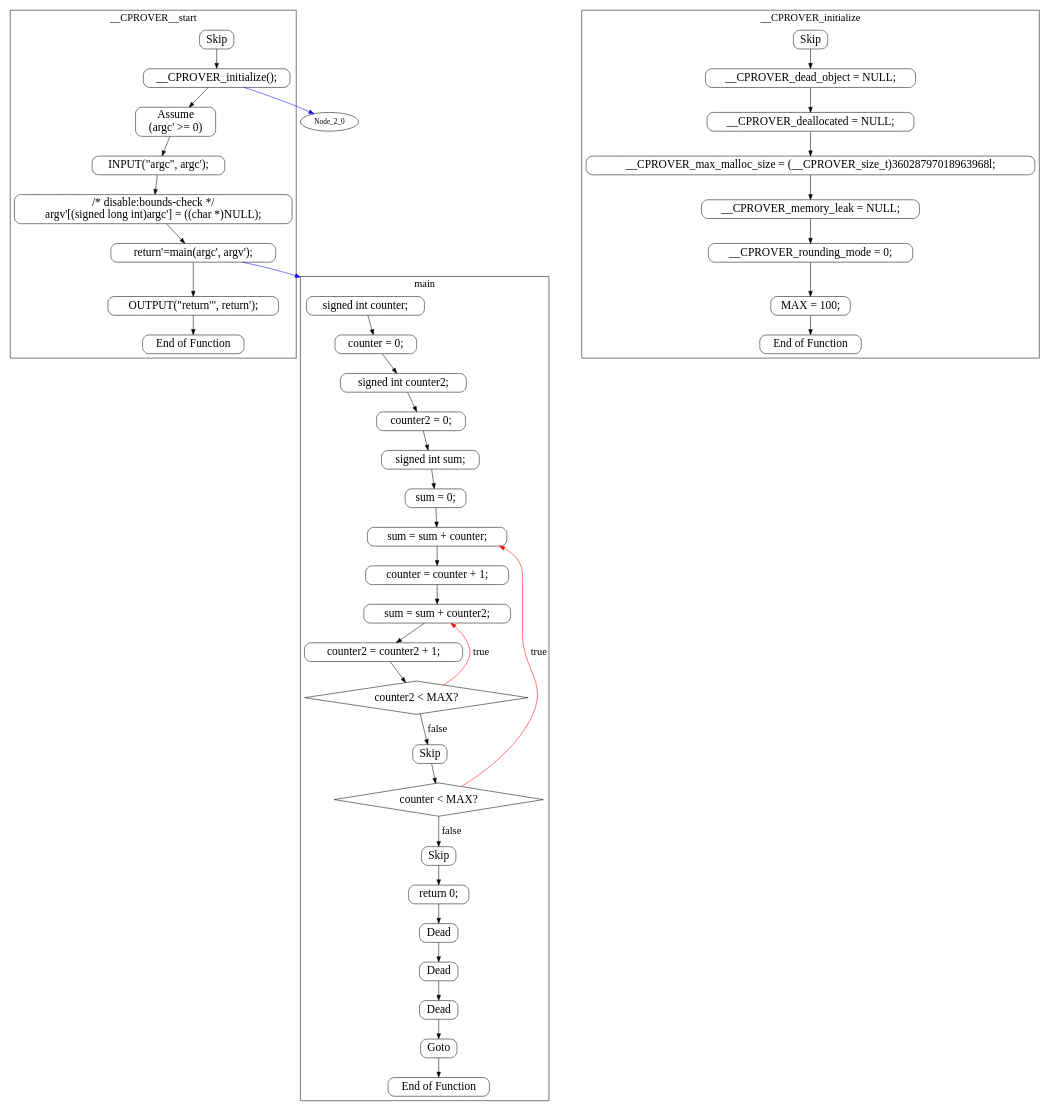
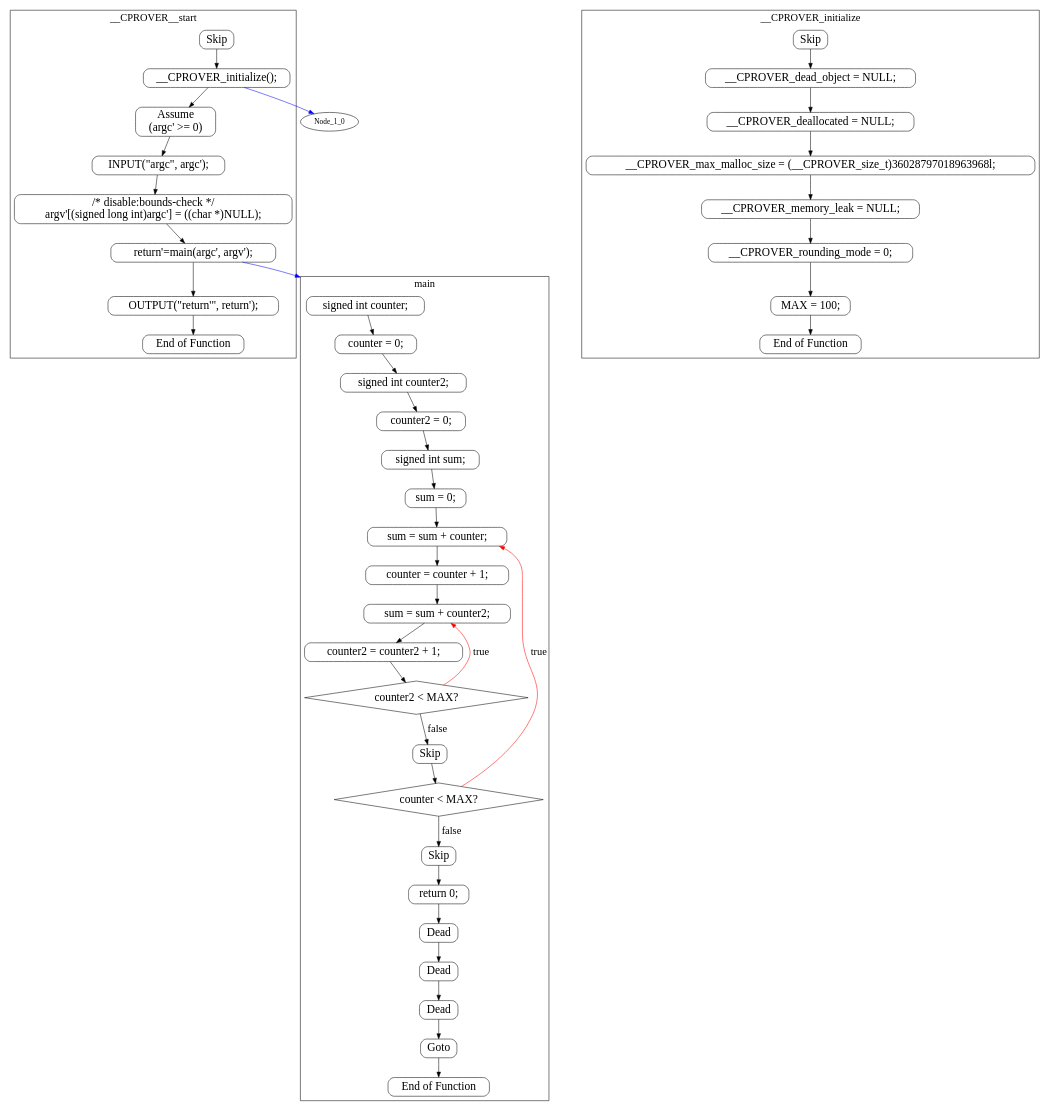
One commit to malkawimahdi/investigating-loop-detection-algorithms changed the diagram in control-flow-graph-test-cases/nested-do-while-loops/nested-do-while-loops.dot. Above: the diagram before and after it, drawn with Graphviz. The commit also changed 172 other files, not shown here.

```diff
--- a/control-flow-graph-test-cases/nested-do-while-loops/nested-do-while-loops.dot
+++ b/control-flow-graph-test-cases/nested-do-while-loops/nested-do-while-loops.dot
@@ -1,85 +1,85 @@
 digraph G {
 color=black;orientation=portrait;fontsize=20;compound=true;size="30,40";ratio=compress;
 subgraph "cluster_main" {
 label="main";
 Node_0_0 [shape=Mrecord,fontsize=22,label="signed int counter;"];
 Node_0_0 -> Node_0_1 ;
 Node_0_1 [shape=Mrecord,fontsize=22,label="counter = 0;"];
 Node_0_1 -> Node_0_2 ;
 Node_0_2 [shape=Mrecord,fontsize=22,label="signed int counter2;"];
 Node_0_2 -> Node_0_3 ;
 Node_0_3 [shape=Mrecord,fontsize=22,label="counter2 = 0;"];
 Node_0_3 -> Node_0_4 ;
 Node_0_4 [shape=Mrecord,fontsize=22,label="signed int sum;"];
 Node_0_4 -> Node_0_5 ;
 Node_0_5 [shape=Mrecord,fontsize=22,label="sum = 0;"];
 Node_0_5 -> Node_0_6 ;
 Node_0_6 [shape=Mrecord,fontsize=22,label="sum = sum + counter;"];
 Node_0_6 -> Node_0_7 ;
 Node_0_7 [shape=Mrecord,fontsize=22,label="counter = counter + 1;"];
 Node_0_7 -> Node_0_8 ;
 Node_0_8 [shape=Mrecord,fontsize=22,label="sum = sum + counter2;"];
 Node_0_8 -> Node_0_9 ;
 Node_0_9 [shape=Mrecord,fontsize=22,label="counter2 = counter2 + 1;"];
 Node_0_9 -> Node_0_10 ;
 Node_0_10 [shape=diamond,fontsize=22,label="counter2 \< MAX?"];
 Node_0_10 -> Node_0_8 [fontsize=20,label="true",color=red];
 Node_0_10 -> Node_0_11 [fontsize=20,label="false"];
 Node_0_11 [shape=Mrecord,fontsize=22,label="Skip"];
 Node_0_11 -> Node_0_12 ;
 Node_0_12 [shape=diamond,fontsize=22,label="counter \< MAX?"];
 Node_0_12 -> Node_0_6 [fontsize=20,label="true",color=red];
 Node_0_12 -> Node_0_13 [fontsize=20,label="false"];
 Node_0_13 [shape=Mrecord,fontsize=22,label="Skip"];
 Node_0_13 -> Node_0_14 ;
 Node_0_14 [shape=Mrecord,fontsize=22,label="return 0;"];
 Node_0_14 -> Node_0_15 ;
 Node_0_15 [shape=Mrecord,fontsize=22,label="Dead"];
 Node_0_15 -> Node_0_16 ;
 Node_0_16 [shape=Mrecord,fontsize=22,label="Dead"];
 Node_0_16 -> Node_0_17 ;
 Node_0_17 [shape=Mrecord,fontsize=22,label="Dead"];
 Node_0_17 -> Node_0_18 ;
 Node_0_18 [shape=Mrecord,fontsize=22,label="Goto"];
 Node_0_18 -> Node_0_19 ;
 Node_0_19 [shape=Mrecord,fontsize=22,label="End of Function"];
 }
-subgraph "cluster___CPROVER__start" {
-label="__CPROVER__start";
+subgraph "cluster___CPROVER_initialize" {
+label="__CPROVER_initialize";
 Node_1_20 [shape=Mrecord,fontsize=22,label="Skip"];
 Node_1_20 -> Node_1_21 ;
-Node_1_21 [shape=Mrecord,fontsize=22,label="__CPROVER_initialize();"];
+Node_1_21 [shape=Mrecord,fontsize=22,label="__CPROVER_dead_object = NULL;"];
 Node_1_21 -> Node_1_22 ;
-Node_1_22 [shape=Mrecord,fontsize=22,label="Assume\n(argc' \>= 0)"];
+Node_1_22 [shape=Mrecord,fontsize=22,label="__CPROVER_deallocated = NULL;"];
 Node_1_22 -> Node_1_23 ;
-Node_1_23 [shape=Mrecord,fontsize=22,label="INPUT(\"argc\", argc');"];
+Node_1_23 [shape=Mrecord,fontsize=22,label="__CPROVER_max_malloc_size = (__CPROVER_size_t)36028797018963968l;"];
 Node_1_23 -> Node_1_24 ;
-Node_1_24 [shape=Mrecord,fontsize=22,label="/* disable:bounds-check */\nargv'[(signed long int)argc'] = ((char *)NULL);"];
+Node_1_24 [shape=Mrecord,fontsize=22,label="__CPROVER_memory_leak = NULL;"];
 Node_1_24 -> Node_1_25 ;
-Node_1_25 [shape=Mrecord,fontsize=22,label="return'=main(argc', argv');"];
+Node_1_25 [shape=Mrecord,fontsize=22,label="__CPROVER_rounding_mode = 0;"];
 Node_1_25 -> Node_1_26 ;
-Node_1_26 [shape=Mrecord,fontsize=22,label="OUTPUT(\"return'\", return');"];
+Node_1_26 [shape=Mrecord,fontsize=22,label="MAX = 100;"];
 Node_1_26 -> Node_1_27 ;
 Node_1_27 [shape=Mrecord,fontsize=22,label="End of Function"];
 }
-subgraph "cluster___CPROVER_initialize" {
-label="__CPROVER_initialize";
+subgraph "cluster___CPROVER__start" {
+label="__CPROVER__start";
 Node_2_28 [shape=Mrecord,fontsize=22,label="Skip"];
 Node_2_28 -> Node_2_29 ;
-Node_2_29 [shape=Mrecord,fontsize=22,label="__CPROVER_dead_object = NULL;"];
+Node_2_29 [shape=Mrecord,fontsize=22,label="__CPROVER_initialize();"];
 Node_2_29 -> Node_2_30 ;
-Node_2_30 [shape=Mrecord,fontsize=22,label="__CPROVER_deallocated = NULL;"];
+Node_2_30 [shape=Mrecord,fontsize=22,label="Assume\n(argc' \>= 0)"];
 Node_2_30 -> Node_2_31 ;
-Node_2_31 [shape=Mrecord,fontsize=22,label="__CPROVER_max_malloc_size = (__CPROVER_size_t)36028797018963968l;"];
+Node_2_31 [shape=Mrecord,fontsize=22,label="INPUT(\"argc\", argc');"];
 Node_2_31 -> Node_2_32 ;
-Node_2_32 [shape=Mrecord,fontsize=22,label="__CPROVER_memory_leak = NULL;"];
+Node_2_32 [shape=Mrecord,fontsize=22,label="/* disable:bounds-check */\nargv'[(signed long int)argc'] = ((char *)NULL);"];
 Node_2_32 -> Node_2_33 ;
-Node_2_33 [shape=Mrecord,fontsize=22,label="__CPROVER_rounding_mode = 0;"];
+Node_2_33 [shape=Mrecord,fontsize=22,label="return'=main(argc', argv');"];
 Node_2_33 -> Node_2_34 ;
-Node_2_34 [shape=Mrecord,fontsize=22,label="MAX = 100;"];
+Node_2_34 [shape=Mrecord,fontsize=22,label="OUTPUT(\"return'\", return');"];
 Node_2_34 -> Node_2_35 ;
 Node_2_35 [shape=Mrecord,fontsize=22,label="End of Function"];
 }
-Node_1_21 -> Node_2_0 [lhead="cluster___CPROVER_initialize",color=blue];
-Node_1_25 -> Node_0_0 [lhead="cluster_main",color=blue];
+Node_2_29 -> Node_1_0 [lhead="cluster___CPROVER_initialize",color=blue];
+Node_2_33 -> Node_0_0 [lhead="cluster_main",color=blue];
 }
```
